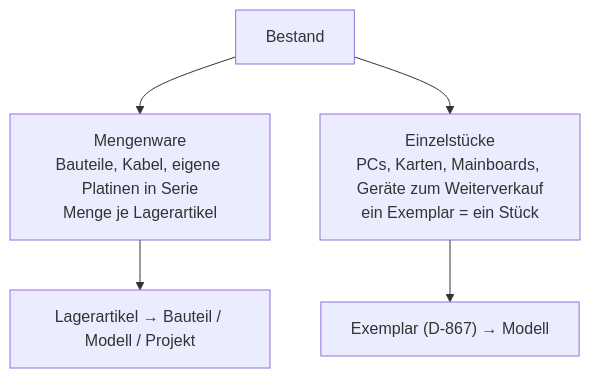
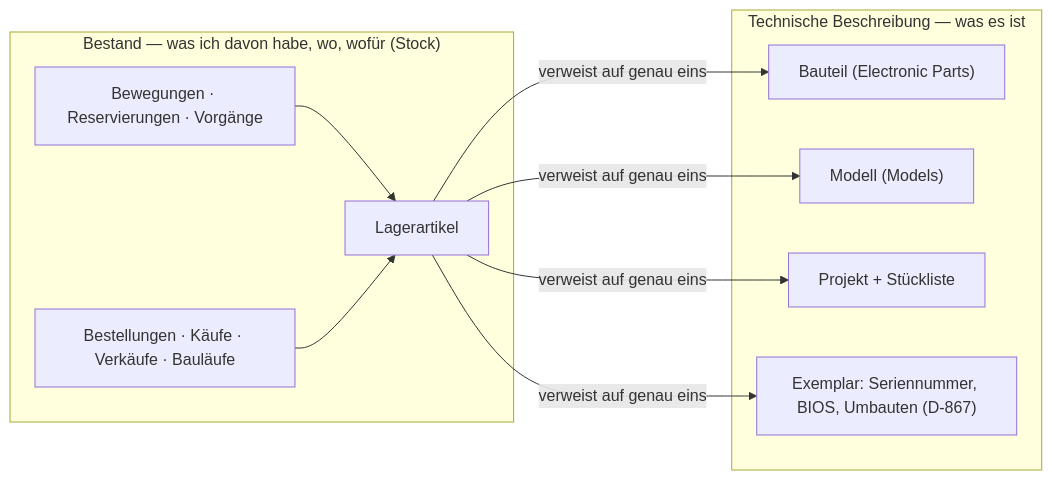
One commit to sfambach/wp-taxonomy-modeler changed the second of 4 diagrams in docs/pakete/lager/konzept.md. Above: the diagram before and after it, drawn with Mermaid. The commit also changed other lines of this file, not shown here.

First line of the commit message:
Stock concept: a line between technical description and stock; the stock item is the only bridge

````diff
--- a/docs/pakete/lager/konzept.md
+++ b/docs/pakete/lager/konzept.md
@@ -56,7 +58,17 @@
 ```mermaid
-flowchart TB
-  BE["Bestand"] --> MW["Mengenware<br/>Bauteile, Kabel, eigene Platinen in Serie<br/>Menge je Lagerartikel"]
-  BE --> EZ["Einzelstücke<br/>PCs, Karten, Mainboards, Geräte zum Weiterverkauf<br/>ein Exemplar = ein Stück"]
-  MW --> LA["Lagerartikel → Bauteil / Modell / Projekt"]
-  EZ --> EX["Exemplar (D-867) → Modell"]
+flowchart LR
+  subgraph TE["Technische Beschreibung — was es ist"]
+    BT["Bauteil (Electronic Parts)"]
+    MO["Modell (Models)"]
+    PR["Projekt + Stückliste"]
+    EX["Exemplar: Seriennummer, BIOS, Umbauten (D-867)"]
+  end
+  subgraph BS["Bestand — was ich davon habe, wo, wofür (Stock)"]
+    LA["Lagerartikel"]
+    BW["Bewegungen · Reservierungen · Vorgänge"]
+    BK["Bestellungen · Käufe · Verkäufe · Bauläufe"]
+  end
+  LA -->|verweist auf genau eins| BT & MO & PR & EX
+  BW --> LA
+  BK --> LA
 ```
````
